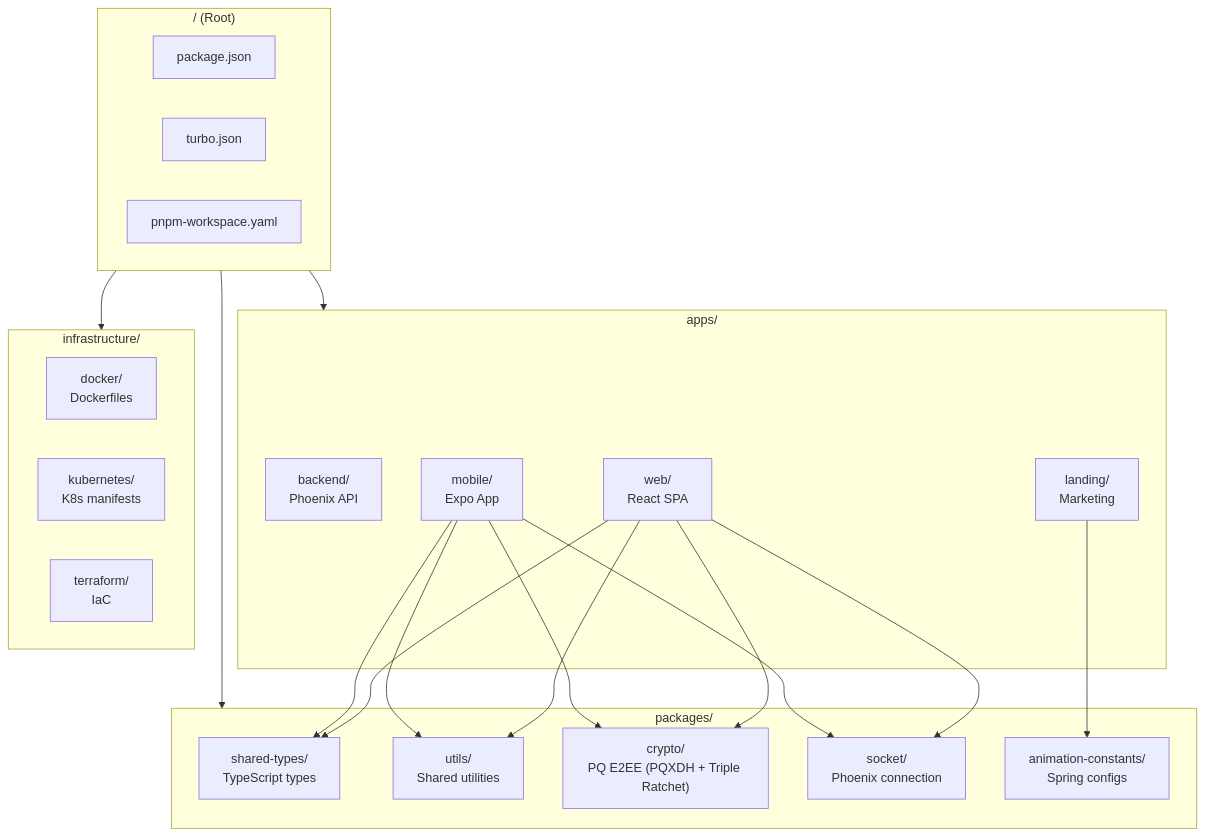
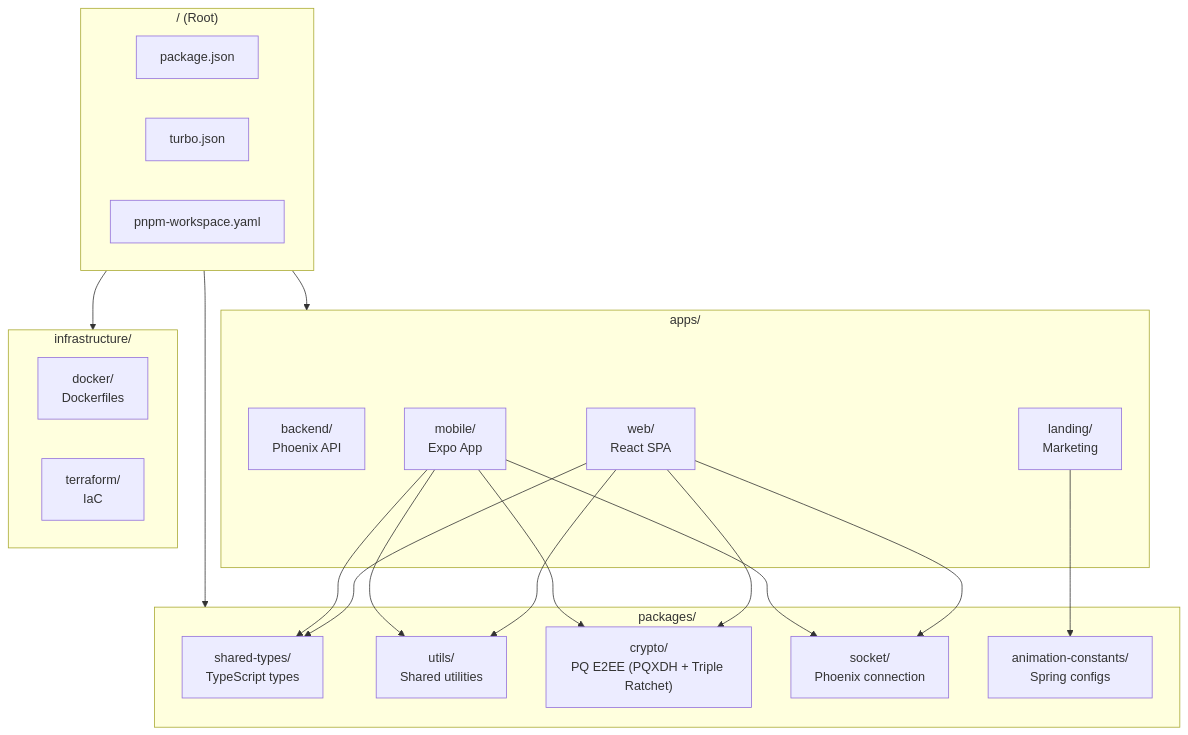
Before and after one commit to cgraph-dev/CGraph: the fifth of 16 diagrams in docs/ARCHITECTURE_DIAGRAMS.md, drawn with Mermaid. The commit also changed other lines of this file and 10 other files, not shown here.

````diff
--- a/docs/ARCHITECTURE_DIAGRAMS.md
+++ b/docs/ARCHITECTURE_DIAGRAMS.md
@@ -152,43 +152,42 @@
 ```mermaid
 flowchart TB
     subgraph Root["/ (Root)"]
         PKG["package.json"]
         TURBO["turbo.json"]
         PNPM["pnpm-workspace.yaml"]
     end
 
     subgraph Apps["apps/"]
         BACKEND["backend/<br/>Phoenix API"]
         WEB["web/<br/>React SPA"]
         MOBILE["mobile/<br/>Expo App"]
         LANDING["landing/<br/>Marketing"]
     end
 
     subgraph Packages["packages/"]
         TYPES["shared-types/<br/>TypeScript types"]
         UTILS["utils/<br/>Shared utilities"]
         CRYPTO["crypto/<br/>PQ E2EE (PQXDH + Triple Ratchet)"]
         SOCKET["socket/<br/>Phoenix connection"]
         ANIM["animation-constants/<br/>Spring configs"]
     end
 
     subgraph Infra["infrastructure/"]
         DOCKER["docker/<br/>Dockerfiles"]
-        K8S["kubernetes/<br/>K8s manifests"]
         TERRAFORM["terraform/<br/>IaC"]
     end
 
     Root --> Apps
     Root --> Packages
     Root --> Infra
 
     WEB --> TYPES
     WEB --> UTILS
     WEB --> CRYPTO
     WEB --> SOCKET
     MOBILE --> TYPES
     MOBILE --> UTILS
     MOBILE --> CRYPTO
     MOBILE --> SOCKET
     LANDING --> ANIM
 ```
````
